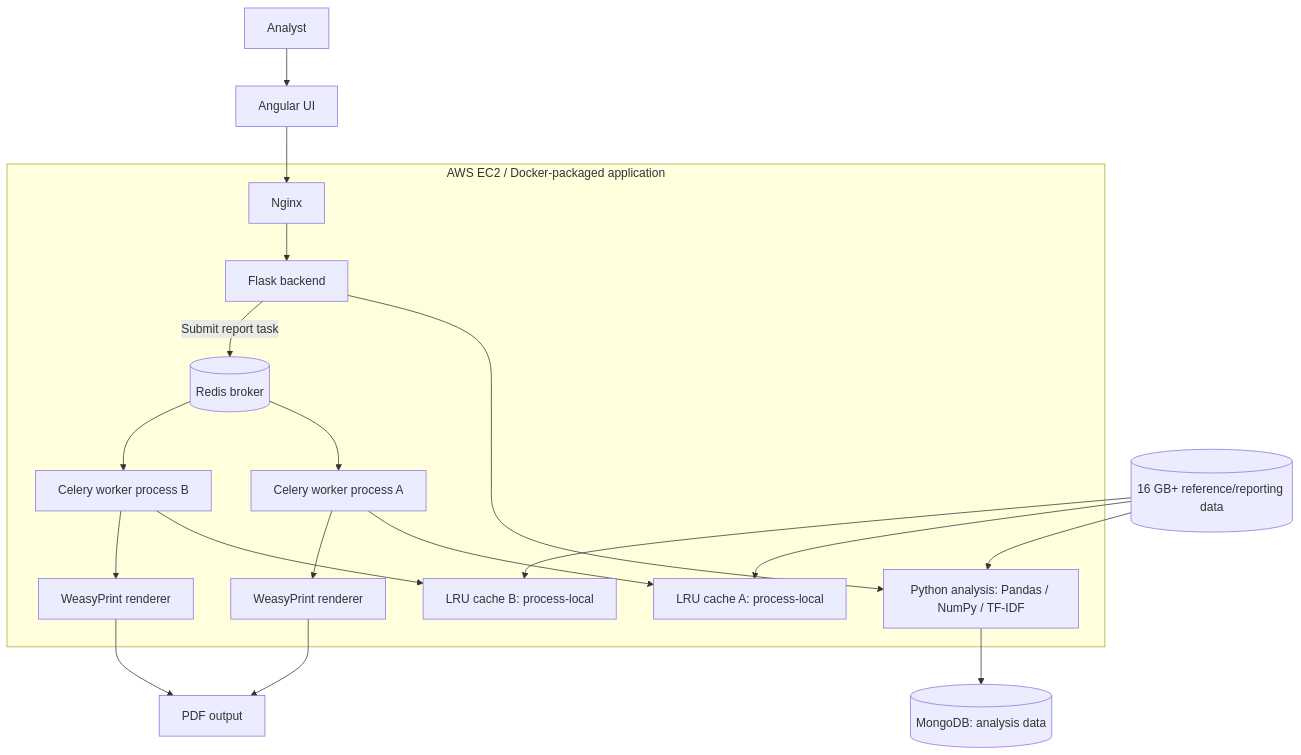
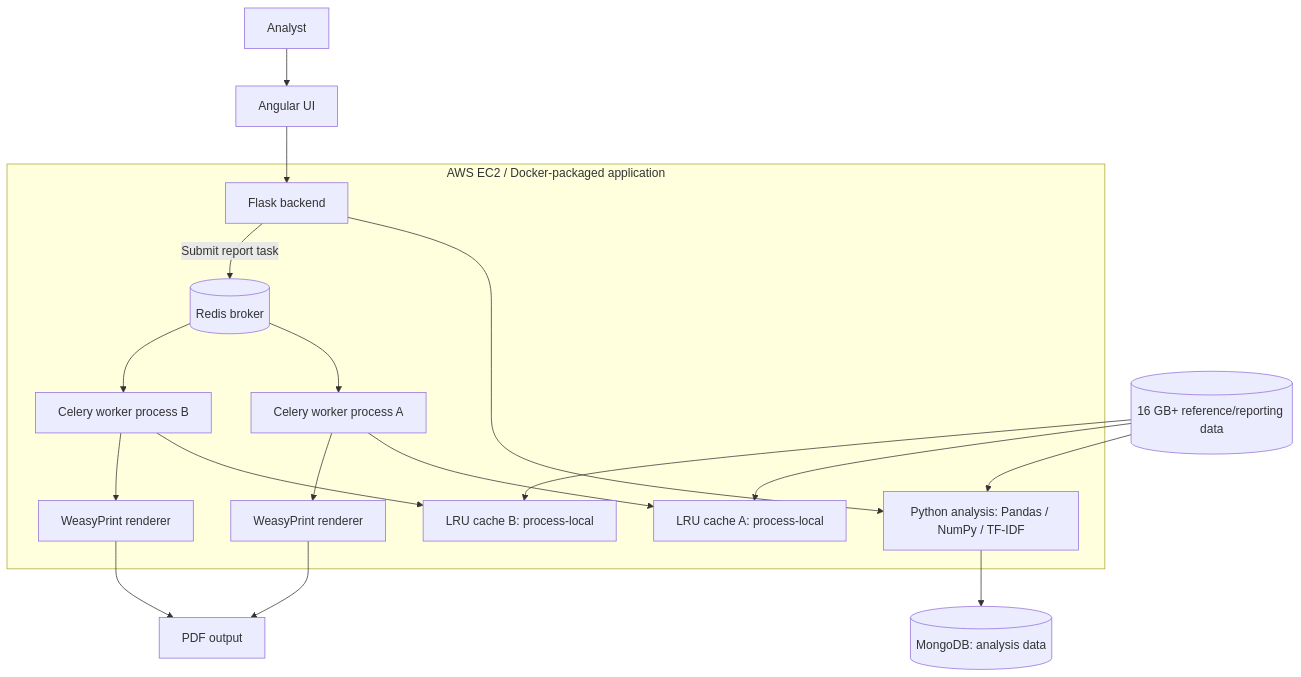
One commit to MerinRose123/InterviewPrep changed the first of 4 diagrams in Projects/Gordian/02_Architecture_and_Data_Flow.md. Above: the diagram before and after it, drawn with Mermaid.

Commit message:
Remove unconfirmed Nginx claims from Gordian project

````diff
--- a/Projects/Gordian/02_Architecture_and_Data_Flow.md
+++ b/Projects/Gordian/02_Architecture_and_Data_Flow.md
@@ -9,22 +9,22 @@
 ```mermaid
 flowchart TB
   USER[Analyst] --> UI[Angular UI]
-  UI --> NX[Nginx]
+  UI --> API
   subgraph EC2[AWS EC2 / Docker-packaged application]
-    NX --> API[Flask backend]
+    API[Flask backend]
     API --> ANALYSIS[Python analysis: Pandas / NumPy / TF-IDF]
     API -->|Submit report task| REDIS[(Redis broker)]
     REDIS --> W1[Celery worker process A]
     REDIS --> W2[Celery worker process B]
     W1 --> C1[LRU cache A: process-local]
     W2 --> C2[LRU cache B: process-local]
     W1 --> PDF1[WeasyPrint renderer]
     W2 --> PDF2[WeasyPrint renderer]
   end
   INPUT[(16 GB+ reference/reporting data)] --> ANALYSIS
   INPUT --> C1
   INPUT --> C2
   ANALYSIS --> MONGO[(MongoDB: analysis data)]
   PDF1 --> OUT[PDF output]
   PDF2 --> OUT
 ```
````
